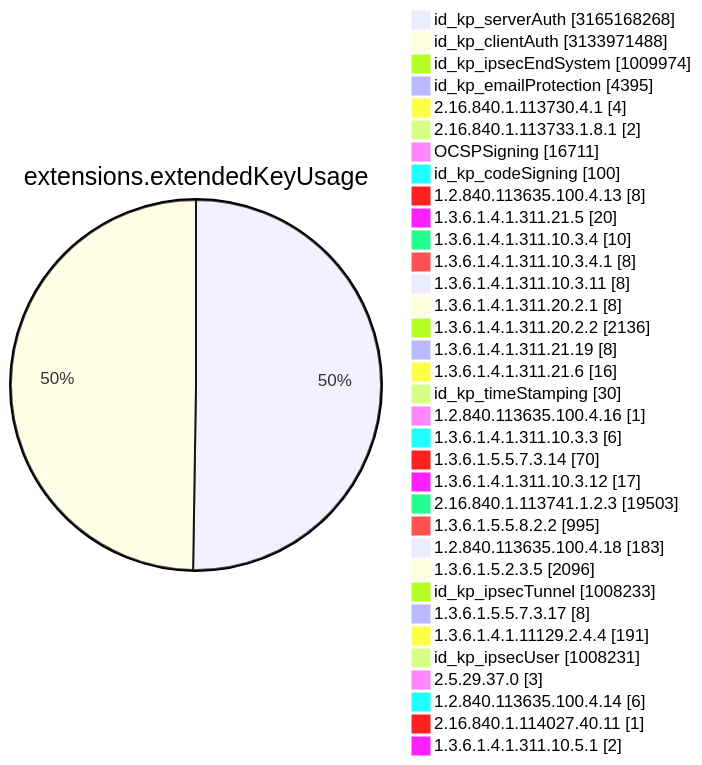
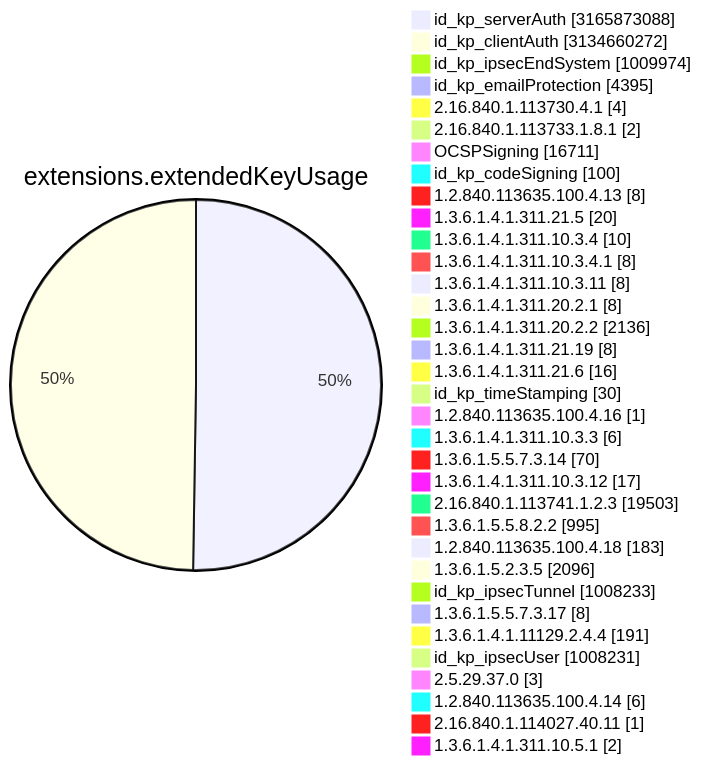
Before and after one commit to christiankrug/ctmonitor_visualization: diagram 11 of 15 in TOTAL/README.md, drawn with Mermaid. The commit also changed other lines of this file, not shown here.

````diff
--- a/TOTAL/README.md
+++ b/TOTAL/README.md
@@ -4119,38 +4119,38 @@
 ```mermaid
 pie showData
 title extensions.extendedKeyUsage
-"id_kp_serverAuth" :3165168268
-"id_kp_clientAuth" :3133971488
+"id_kp_serverAuth" :3165873088
+"id_kp_clientAuth" :3134660272
 "id_kp_ipsecEndSystem" :1009974
 "id_kp_emailProtection" :4395
 "2.16.840.1.113730.4.1" :4
 "2.16.840.1.113733.1.8.1" :2
 "OCSPSigning" :16711
 "id_kp_codeSigning" :100
 "1.2.840.113635.100.4.13" :8
 "1.3.6.1.4.1.311.21.5" :20
 "1.3.6.1.4.1.311.10.3.4" :10
 "1.3.6.1.4.1.311.10.3.4.1" :8
 "1.3.6.1.4.1.311.10.3.11" :8
 "1.3.6.1.4.1.311.20.2.1" :8
 "1.3.6.1.4.1.311.20.2.2" :2136
 "1.3.6.1.4.1.311.21.19" :8
 "1.3.6.1.4.1.311.21.6" :16
 "id_kp_timeStamping" :30
 "1.2.840.113635.100.4.16" :1
 "1.3.6.1.4.1.311.10.3.3" :6
 "1.3.6.1.5.5.7.3.14" :70
 "1.3.6.1.4.1.311.10.3.12" :17
 "2.16.840.1.113741.1.2.3" :19503
 "1.3.6.1.5.5.8.2.2" :995
 "1.2.840.113635.100.4.18" :183
 "1.3.6.1.5.2.3.5" :2096
 "id_kp_ipsecTunnel" :1008233
 "1.3.6.1.5.5.7.3.17" :8
 "1.3.6.1.4.1.11129.2.4.4" :191
 "id_kp_ipsecUser" :1008231
 "2.5.29.37.0" :3
 "1.2.840.113635.100.4.14" :6
 "2.16.840.1.114027.40.11" :1
 "1.3.6.1.4.1.311.10.5.1" :2
 ```
````
